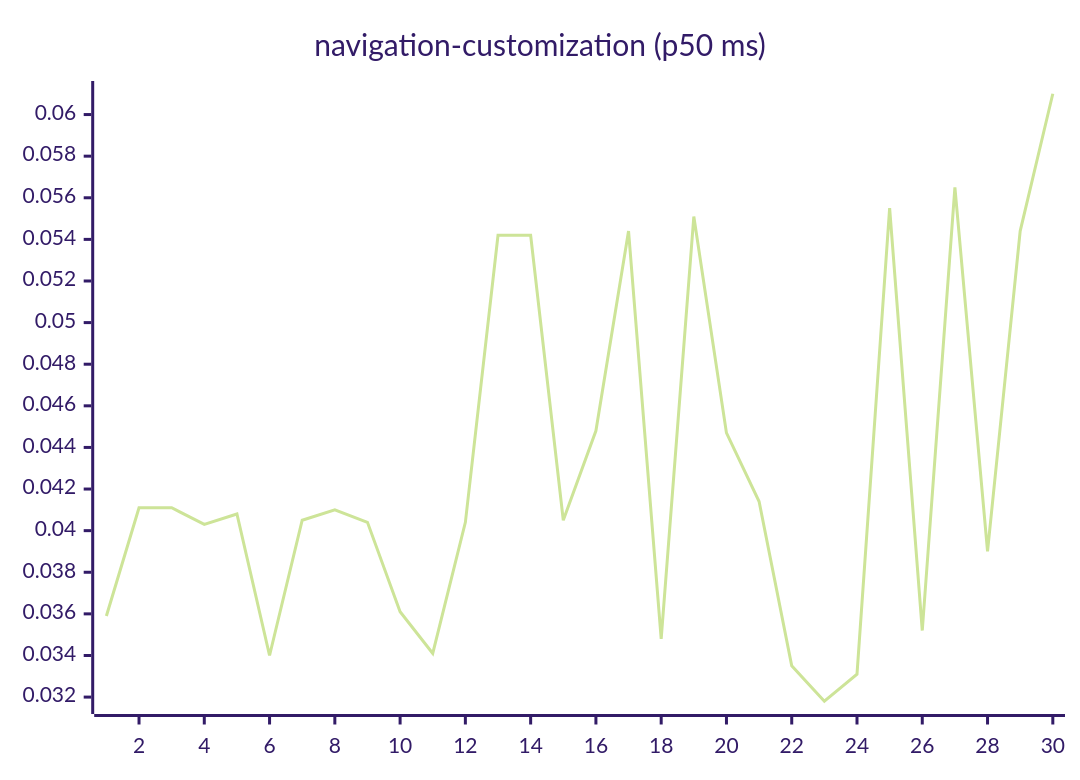
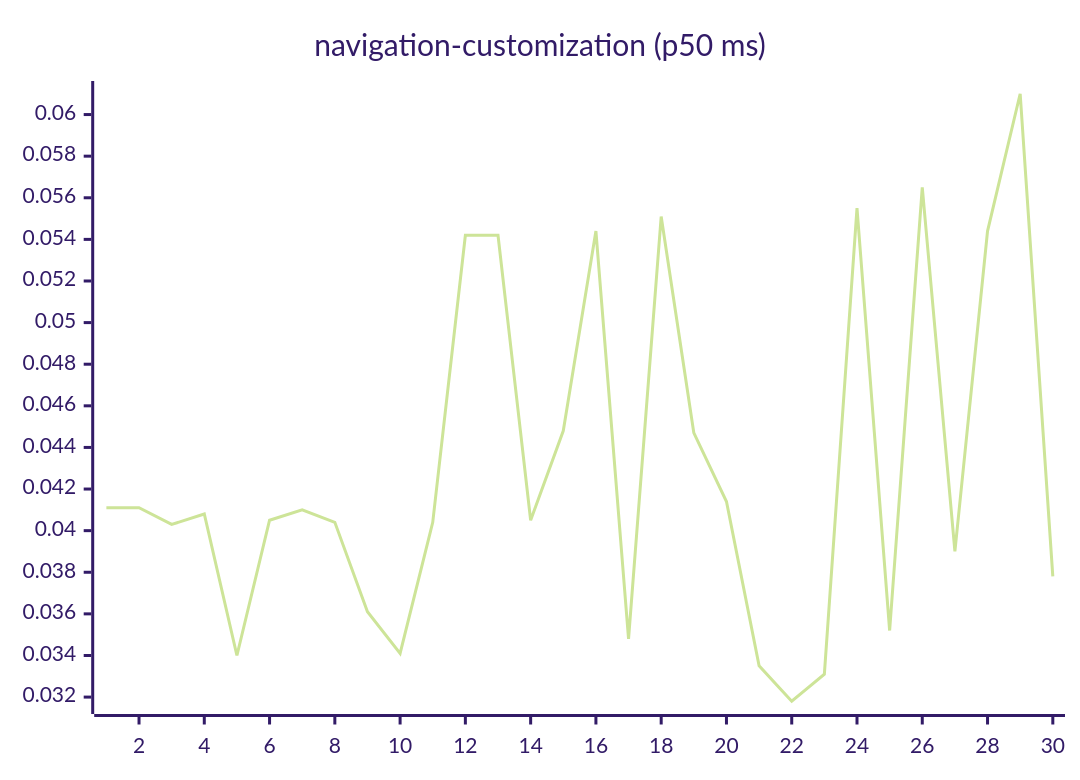
One commit to josha/Facet changed diagram 15 of 27 in README.md. Above: the diagram before and after it, drawn with Mermaid (forest theme). The commit also changed other lines of this file and 2 other files, not shown here.

````diff
--- a/README.md
+++ b/README.md
@@ -161,6 +161,6 @@
 ```mermaid
 xychart-beta
     title "navigation-customization (p50 ms)"
     x-axis 1 --> 30
-    line [0.0359, 0.0411, 0.0411, 0.0403, 0.0408, 0.0340, 0.0405, 0.0410, 0.0404, 0.0361, 0.0341, 0.0404, 0.0542, 0.0542, 0.0405, 0.0448, 0.0544, 0.0348, 0.0551, 0.0447, 0.0414, 0.0335, 0.0318, 0.0331, 0.0555, 0.0352, 0.0565, 0.0390, 0.0544, 0.0610]
+    line [0.0411, 0.0411, 0.0403, 0.0408, 0.0340, 0.0405, 0.0410, 0.0404, 0.0361, 0.0341, 0.0404, 0.0542, 0.0542, 0.0405, 0.0448, 0.0544, 0.0348, 0.0551, 0.0447, 0.0414, 0.0335, 0.0318, 0.0331, 0.0555, 0.0352, 0.0565, 0.0390, 0.0544, 0.0610, 0.0378]
 ```
````
